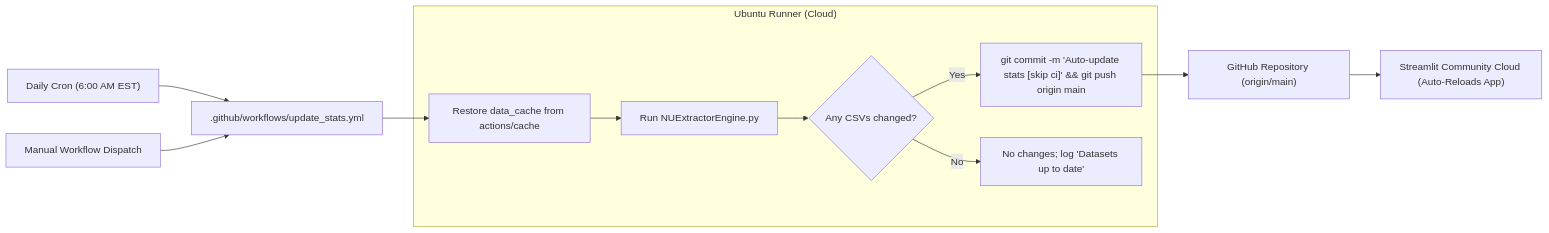
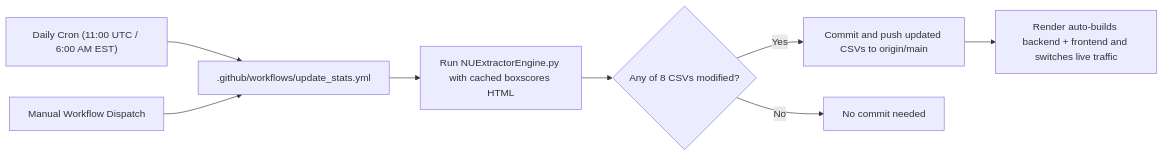
Before and after one commit to timmyg2034/NortheasternProject: the fourth of 4 diagrams in docs/architecture_and_data_flow.md, drawn with Mermaid. The commit also changed other lines of this file and 16 other files, not shown here.

````diff
--- a/docs/architecture_and_data_flow.md
+++ b/docs/architecture_and_data_flow.md
@@ -242,22 +253,10 @@
 ```mermaid
 flowchart LR
-    Cron["Daily Cron (6:00 AM EST)"] --> GHA[".github/workflows/update_stats.yml"]
+    Cron["Daily Cron (11:00 UTC / 6:00 AM EST)"] --> GHA[".github/workflows/update_stats.yml"]
     Manual["Manual Workflow Dispatch"] --> GHA
-
-    subgraph GitHubRunner["Ubuntu Runner (Cloud)"]
-        CacheRestore["Restore data_cache from actions/cache"]
-        RunScraper["Run NUExtractorEngine.py"]
-        DiffCheck{"Any CSVs changed?"}
-        CommitPush["git commit -m 'Auto-update stats [skip ci]' && git push origin main"]
-        NoOp["No changes; log 'Datasets up to date'"]
-    end
-
-    GHA --> CacheRestore
-    CacheRestore --> RunScraper
-    RunScraper --> DiffCheck
-    DiffCheck -->|Yes| CommitPush
-    DiffCheck -->|No| NoOp
-
-    CommitPush --> Git["GitHub Repository (origin/main)"]
-    Git --> StreamlitCloud["Streamlit Community Cloud (Auto-Reloads App)"]
+    GHA --> Scrape["Run NUExtractorEngine.py with cached boxscores HTML"]
+    Scrape --> Check{"Any of 8 CSVs modified?"}
+    Check -->|Yes| Push["Commit and push updated CSVs to origin/main"]
+    Check -->|No| Done["No commit needed"]
+    Push --> RenderBuild["Render auto-builds backend + frontend and switches live traffic"]
 ```
````
